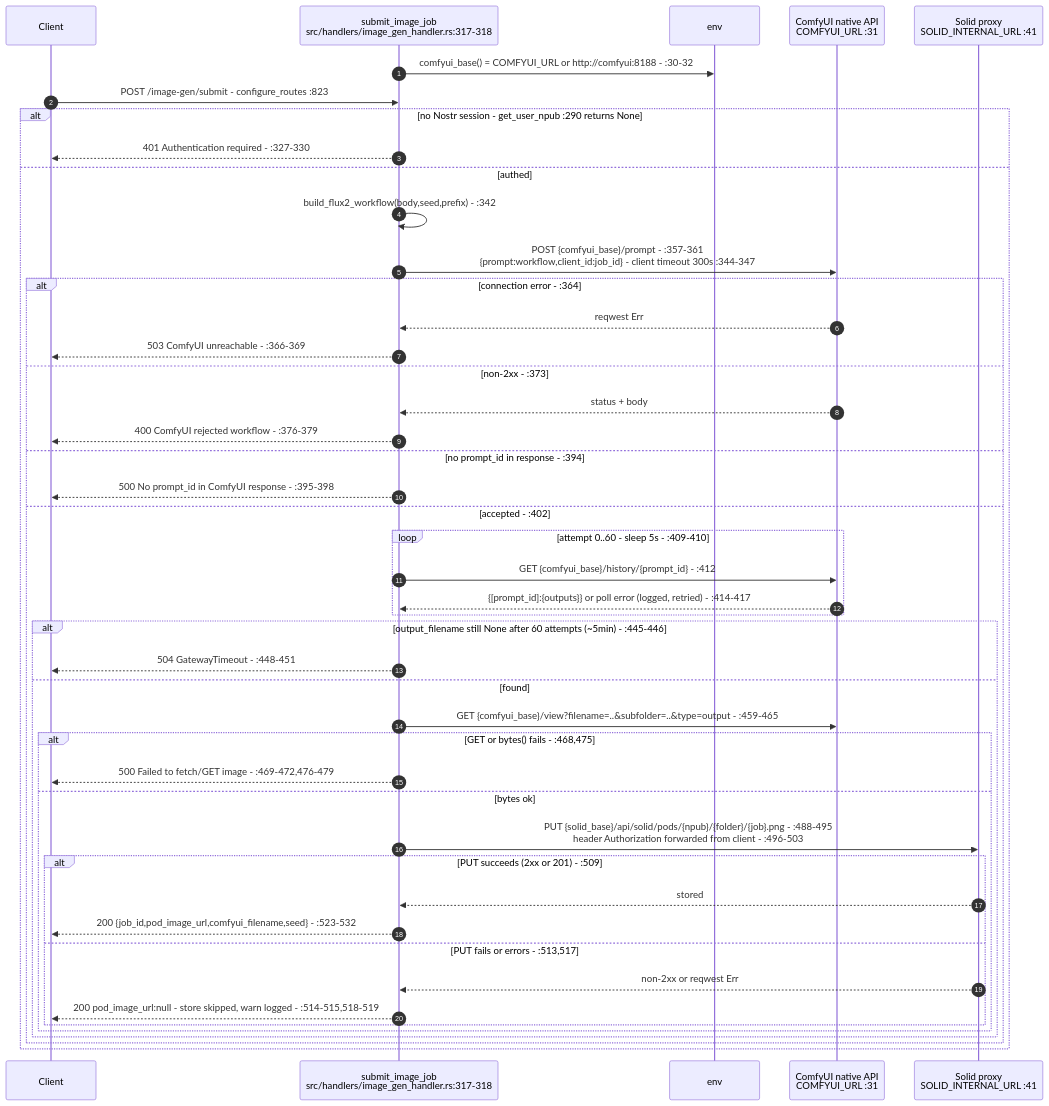
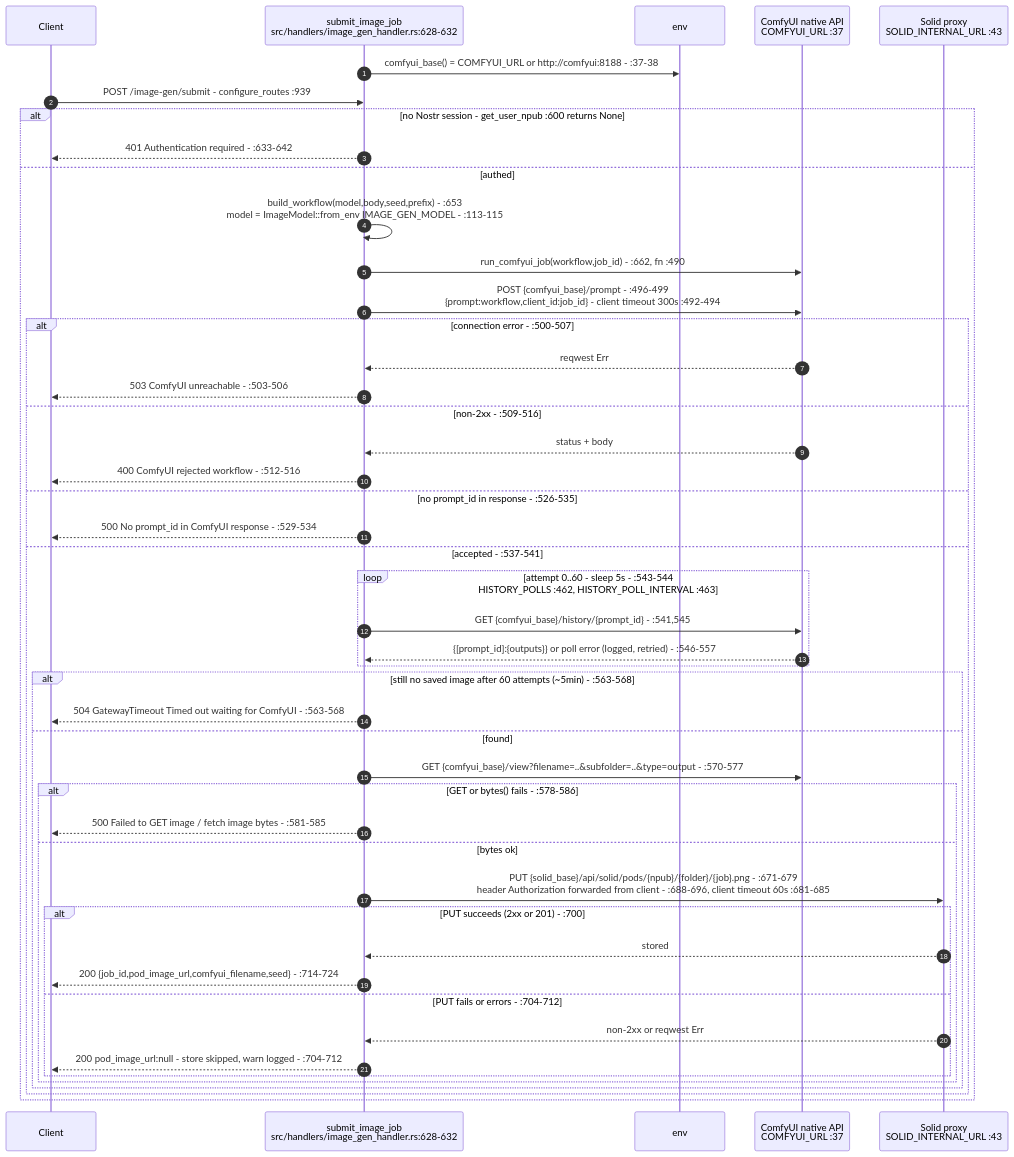
Before and after one commit to DreamLab-AI/VisionFlow: the fourth of 8 diagrams in docs/diagrams/visionclaw/28-external-services.md, drawn with Mermaid. The commit also changed other lines of this file and 111 other files, not shown here.

Commit message:
docs(diagrams): align estate maps with current source

````diff
--- a/docs/diagrams/visionclaw/28-external-services.md
+++ b/docs/diagrams/visionclaw/28-external-services.md
@@ -164,49 +164,50 @@
 ```mermaid
 sequenceDiagram
     autonumber
     participant C as Client
-    participant IG as submit_image_job<br/>src/handlers/image_gen_handler.rs:317-318
+    participant IG as submit_image_job<br/>src/handlers/image_gen_handler.rs:628-632
     participant ENV as env
-    participant CF as ComfyUI native API<br/>COMFYUI_URL :31
-    participant SOLID as Solid proxy<br/>SOLID_INTERNAL_URL :41
+    participant CF as ComfyUI native API<br/>COMFYUI_URL :37
+    participant SOLID as Solid proxy<br/>SOLID_INTERNAL_URL :43
 
-    IG->>ENV: comfyui_base() = COMFYUI_URL or http://comfyui:8188 - :30-32
-    C->>IG: POST /image-gen/submit - configure_routes :823
-    alt no Nostr session - get_user_npub :290 returns None
-        IG-->>C: 401 Authentication required - :327-330
+    IG->>ENV: comfyui_base() = COMFYUI_URL or http://comfyui:8188 - :37-38
+    C->>IG: POST /image-gen/submit - configure_routes :939
+    alt no Nostr session - get_user_npub :600 returns None
+        IG-->>C: 401 Authentication required - :633-642
     else authed
-        IG->>IG: build_flux2_workflow(body,seed,prefix) - :342
-        IG->>CF: POST {comfyui_base}/prompt - :357-361<br/>{prompt:workflow,client_id:job_id} - client timeout 300s :344-347
-        alt connection error - :364
+        IG->>IG: build_workflow(model,body,seed,prefix) - :653<br/>model = ImageModel::from_env IMAGE_GEN_MODEL - :113-115
+        IG->>CF: run_comfyui_job(workflow,job_id) - :662, fn :490
+        IG->>CF: POST {comfyui_base}/prompt - :496-499<br/>{prompt:workflow,client_id:job_id} - client timeout 300s :492-494
+        alt connection error - :500-507
             CF-->>IG: reqwest Err
-            IG-->>C: 503 ComfyUI unreachable - :366-369
-        else non-2xx - :373
+            IG-->>C: 503 ComfyUI unreachable - :503-506
+        else non-2xx - :509-516
             CF-->>IG: status + body
-            IG-->>C: 400 ComfyUI rejected workflow - :376-379
-        else no prompt_id in response - :394
-            IG-->>C: 500 No prompt_id in ComfyUI response - :395-398
-        else accepted - :402
-            loop attempt 0..60 - sleep 5s - :409-410
-                IG->>CF: GET {comfyui_base}/history/{prompt_id} - :412
-                CF-->>IG: {[prompt_id]:{outputs}} or poll error (logged, retried) - :414-417
+            IG-->>C: 400 ComfyUI rejected workflow - :512-516
+        else no prompt_id in response - :526-535
+            IG-->>C: 500 No prompt_id in ComfyUI response - :529-534
+        else accepted - :537-541
+            loop attempt 0..60 - sleep 5s - :543-544<br/>HISTORY_POLLS :462, HISTORY_POLL_INTERVAL :463
+                IG->>CF: GET {comfyui_base}/history/{prompt_id} - :541,545
+                CF-->>IG: {[prompt_id]:{outputs}} or poll error (logged, retried) - :546-557
             end
-            alt output_filename still None after 60 attempts (~5min) - :445-446
-                IG-->>C: 504 GatewayTimeout - :448-451
+            alt still no saved image after 60 attempts (~5min) - :563-568
+                IG-->>C: 504 GatewayTimeout Timed out waiting for ComfyUI - :563-568
             else found
-                IG->>CF: GET {comfyui_base}/view?filename=..&subfolder=..&type=output - :459-465
-                alt GET or bytes() fails - :468,475
-                    IG-->>C: 500 Failed to fetch/GET image - :469-472,476-479
+                IG->>CF: GET {comfyui_base}/view?filename=..&subfolder=..&type=output - :570-577
+                alt GET or bytes() fails - :578-586
+                    IG-->>C: 500 Failed to GET image / fetch image bytes - :581-585
                 else bytes ok
-                    IG->>SOLID: PUT {solid_base}/api/solid/pods/{npub}/{folder}/{job}.png - :488-495<br/>header Authorization forwarded from client - :496-503
-                    alt PUT succeeds (2xx or 201) - :509
+                    IG->>SOLID: PUT {solid_base}/api/solid/pods/{npub}/{folder}/{job}.png - :671-679<br/>header Authorization forwarded from client - :688-696, client timeout 60s :681-685
+                    alt PUT succeeds (2xx or 201) - :700
                         SOLID-->>IG: stored
-                        IG-->>C: 200 {job_id,pod_image_url,comfyui_filename,seed} - :523-532
-                    else PUT fails or errors - :513,517
+                        IG-->>C: 200 {job_id,pod_image_url,comfyui_filename,seed} - :714-724
+                    else PUT fails or errors - :704-712
                         SOLID-->>IG: non-2xx or reqwest Err
-                        IG-->>C: 200 pod_image_url:null - store skipped, warn logged - :514-515,518-519
+                        IG-->>C: 200 pod_image_url:null - store skipped, warn logged - :704-712
                     end
                 end
             end
         end
     end
 ```
````
